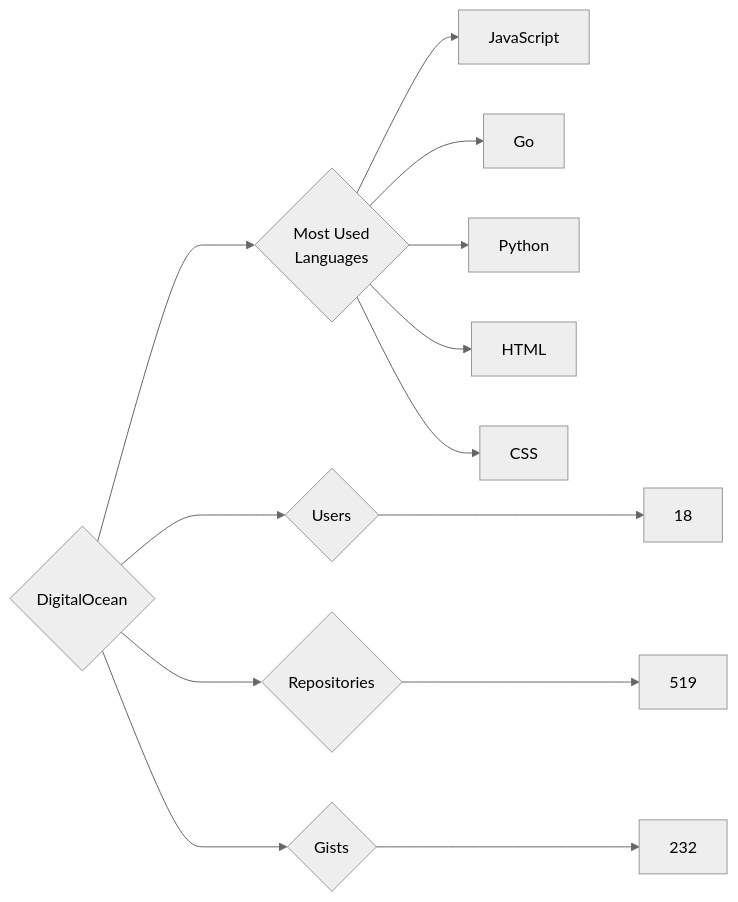
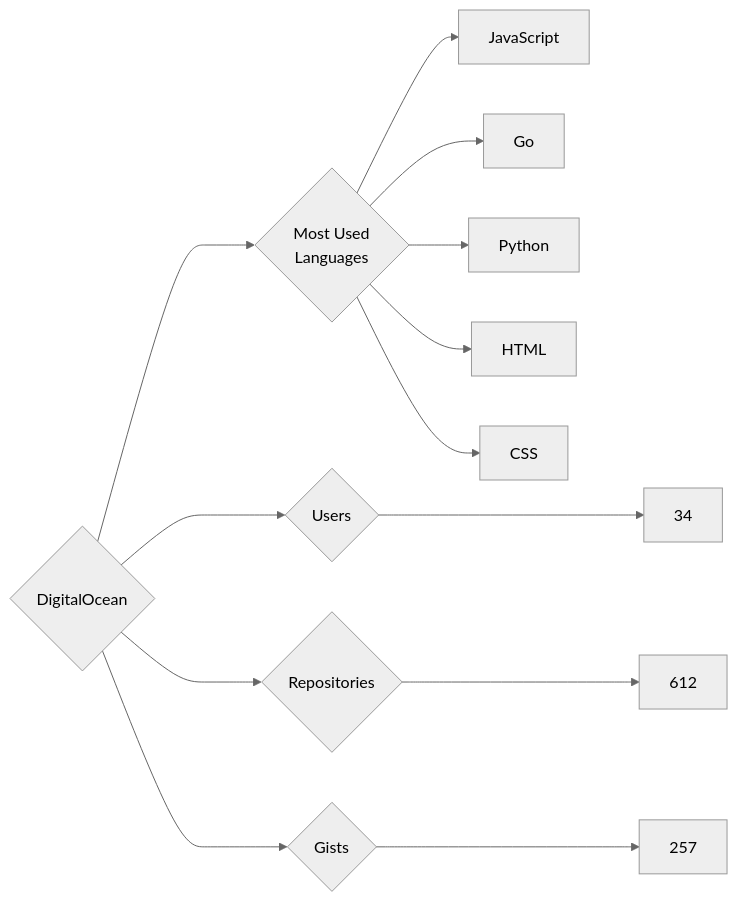
The diagram in targets/DigitalOcean/README.md (trickest/insiders), drawn with Mermaid (neutral theme) before and after one commit. The commit also changed 837 other files, not shown here.

````diff
--- a/targets/DigitalOcean/README.md
+++ b/targets/DigitalOcean/README.md
@@ -3,13 +3,13 @@
 ```mermaid
 graph LR
 COMPANY_NAME{DigitalOcean}
-COMPANY_NAME ---> U{Users} ---> UN[18]
-COMPANY_NAME ---> R{Repositories} ---> RN[519]
-COMPANY_NAME ---> G{Gists} ---> GN[232]
+COMPANY_NAME ---> U{Users} ---> UN[34]
+COMPANY_NAME ---> R{Repositories} ---> RN[612]
+COMPANY_NAME ---> G{Gists} ---> GN[257]
 COMPANY_NAME ---> ML{Most Used<br>Languages}
 ML --> JavaScript[JavaScript]
 ML --> Go[Go]
 ML --> Python[Python]
 ML --> HTML[HTML]
 ML --> CSS[CSS]
 ```
````
